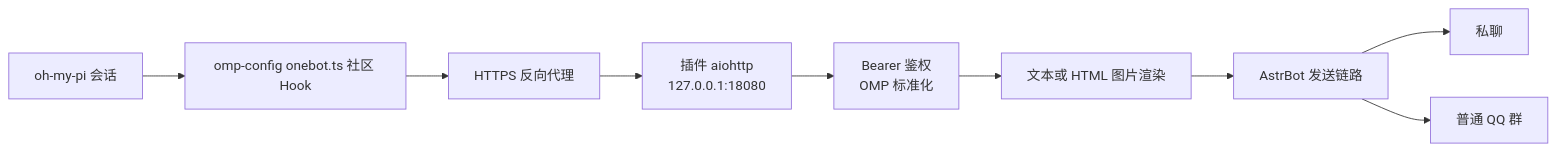
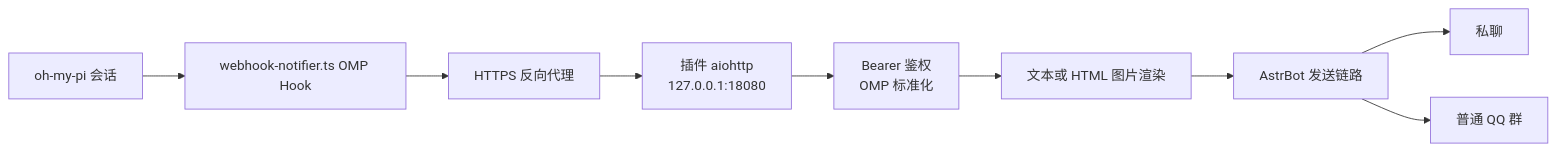
The diagram in docs/end-to-end-setup.md (AsterleedsGuild0/astrbot_plugin_webhook_notifier), drawn with Mermaid before and after one commit. The commit also changed other lines of this file and 10 other files, not shown here.

First line of the commit message:
feat(omp): 纳入自维护 Hook 与部署基线

````diff
--- a/docs/end-to-end-setup.md
+++ b/docs/end-to-end-setup.md
@@ -16,11 +16,11 @@
 ```mermaid
 flowchart LR
-    OMP[oh-my-pi 会话] --> Hook[omp-config onebot.ts 社区 Hook]
+    OMP[oh-my-pi 会话] --> Hook[webhook-notifier.ts OMP Hook]
     Hook --> Proxy[HTTPS 反向代理]
     Proxy --> HTTP[插件 aiohttp<br/>127.0.0.1:18080]
     HTTP --> Auth[Bearer 鉴权<br/>OMP 标准化]
     Auth --> Render[文本或 HTML 图片渲染]
     Render --> AstrBot[AstrBot 发送链路]
     AstrBot --> Private[私聊]
     AstrBot --> Group[普通 QQ 群]
 ```
````
